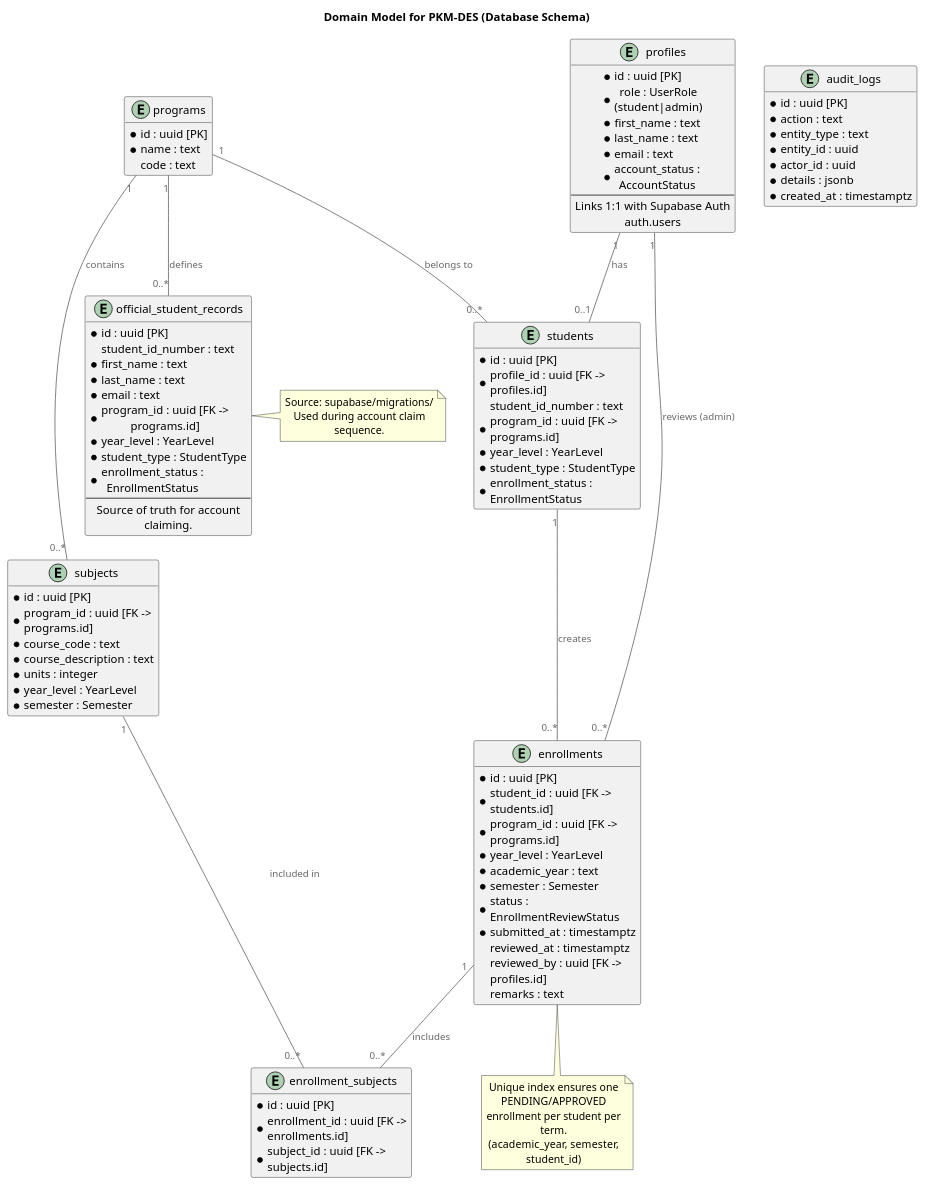
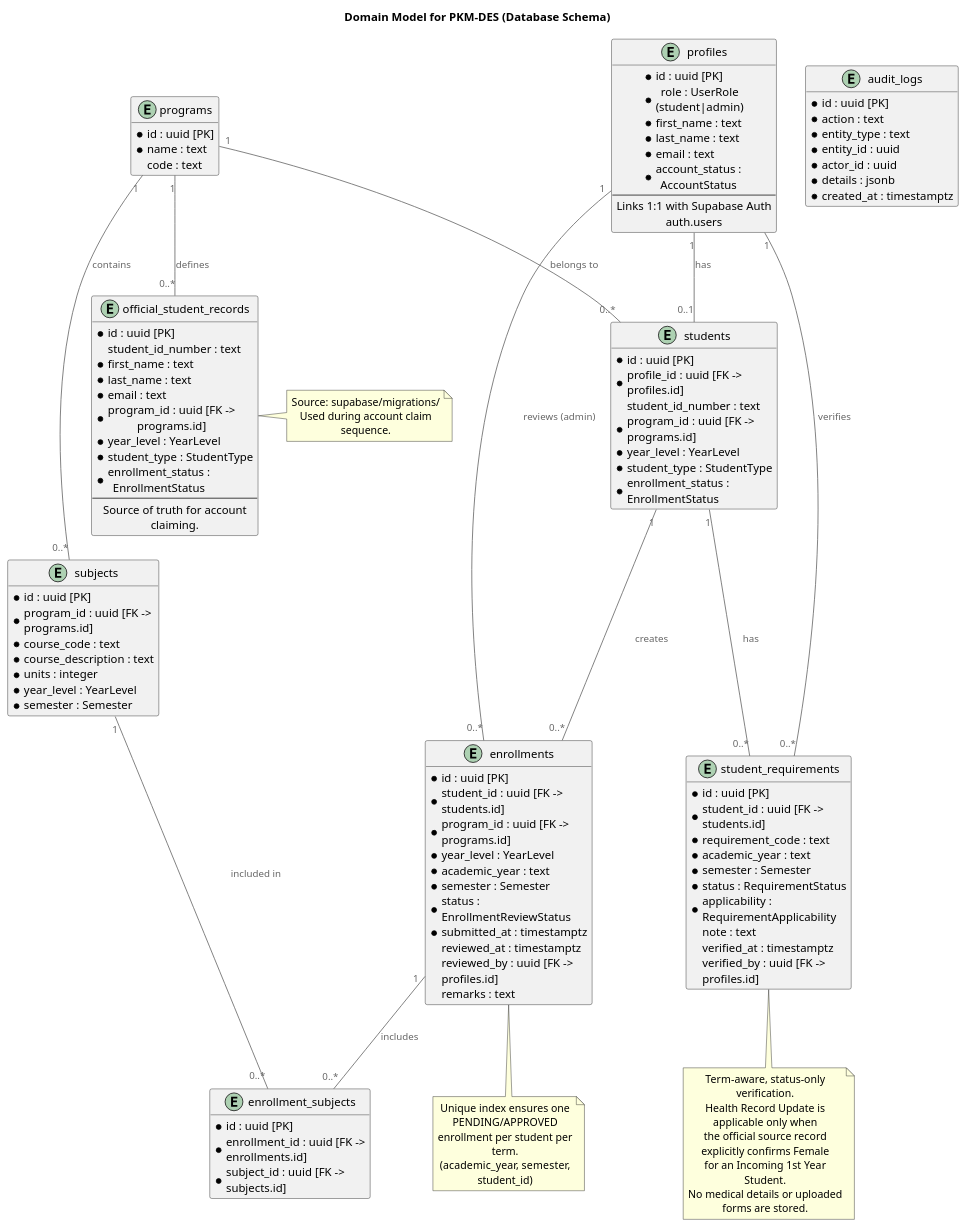
The diagram in docs/diagrams/pkm-des-domain-model.puml (lucifron28/PKM-DES), drawn with PlantUML before and after one commit. The commit also changed 32 other files, not shown here.

```diff
--- a/docs/diagrams/pkm-des-domain-model.puml
+++ b/docs/diagrams/pkm-des-domain-model.puml
@@ -1,108 +1,131 @@
 @startuml pkm-des-domain-model
 !include https://raw.githubusercontent.com/plantuml-stdlib/C4-PlantUML/master/C4_Component.puml
 hide empty members
 
 title Domain Model for PKM-DES (Database Schema)
 
 entity "profiles" as profiles {
   * id : uuid [PK]
   * role : UserRole (student|admin)
   * first_name : text
   * last_name : text
   * email : text
   * account_status : AccountStatus
   --
   Links 1:1 with Supabase Auth auth.users
 }
 
 entity "programs" as programs {
   * id : uuid [PK]
   * name : text
   code : text
 }
 
 entity "students" as students {
   * id : uuid [PK]
   * profile_id : uuid [FK -> profiles.id]
   student_id_number : text
   * program_id : uuid [FK -> programs.id]
   * year_level : YearLevel
   * student_type : StudentType
   * enrollment_status : EnrollmentStatus
 }
 
 entity "subjects" as subjects {
   * id : uuid [PK]
   * program_id : uuid [FK -> programs.id]
   * course_code : text
   * course_description : text
   * units : integer
   * year_level : YearLevel
   * semester : Semester
 }
 
 entity "enrollments" as enrollments {
   * id : uuid [PK]
   * student_id : uuid [FK -> students.id]
   * program_id : uuid [FK -> programs.id]
   * year_level : YearLevel
   * academic_year : text
   * semester : Semester
   * status : EnrollmentReviewStatus
   * submitted_at : timestamptz
   reviewed_at : timestamptz
   reviewed_by : uuid [FK -> profiles.id]
   remarks : text
 }
 
 entity "enrollment_subjects" as enrollment_subjects {
   * id : uuid [PK]
   * enrollment_id : uuid [FK -> enrollments.id]
   * subject_id : uuid [FK -> subjects.id]
 }
 
 entity "official_student_records" as official_student_records {
   * id : uuid [PK]
   student_id_number : text
   * first_name : text
   * last_name : text
   * email : text
   * program_id : uuid [FK -> programs.id]
   * year_level : YearLevel
   * student_type : StudentType
   * enrollment_status : EnrollmentStatus
   --
   Source of truth for account claiming.
 }
 
+entity "student_requirements" as student_requirements {
+  * id : uuid [PK]
+  * student_id : uuid [FK -> students.id]
+  * requirement_code : text
+  * academic_year : text
+  * semester : Semester
+  * status : RequirementStatus
+  * applicability : RequirementApplicability
+  note : text
+  verified_at : timestamptz
+  verified_by : uuid [FK -> profiles.id]
+}
+
 entity "audit_logs" as audit_logs {
   * id : uuid [PK]
   * action : text
   * entity_type : text
   * entity_id : uuid
   * actor_id : uuid
   * details : jsonb
   * created_at : timestamptz
 }
 
 profiles "1" -- "0..1" students : has
 programs "1" -- "0..*" students : belongs to
 programs "1" -- "0..*" subjects : contains
 students "1" -- "0..*" enrollments : creates
+students "1" -- "0..*" student_requirements : has
+profiles "1" -- "0..*" student_requirements : verifies
 enrollments "1" -- "0..*" enrollment_subjects : includes
 subjects "1" -- "0..*" enrollment_subjects : included in
 programs "1" -- "0..*" official_student_records : defines
 profiles "1" -- "0..*" enrollments : reviews (admin)
 
 note bottom of enrollments
   Unique index ensures one PENDING/APPROVED
   enrollment per student per term.
   (academic_year, semester, student_id)
 end note
 
 note right of official_student_records
   Source: supabase/migrations/
   Used during account claim sequence.
 end note
 
+note bottom of student_requirements
+  Term-aware, status-only verification.
+  Health Record Update is applicable only when
+  the official source record explicitly confirms Female
+  for an Incoming 1st Year Student.
+  No medical details or uploaded forms are stored.
+end note
+
 @enduml
```
